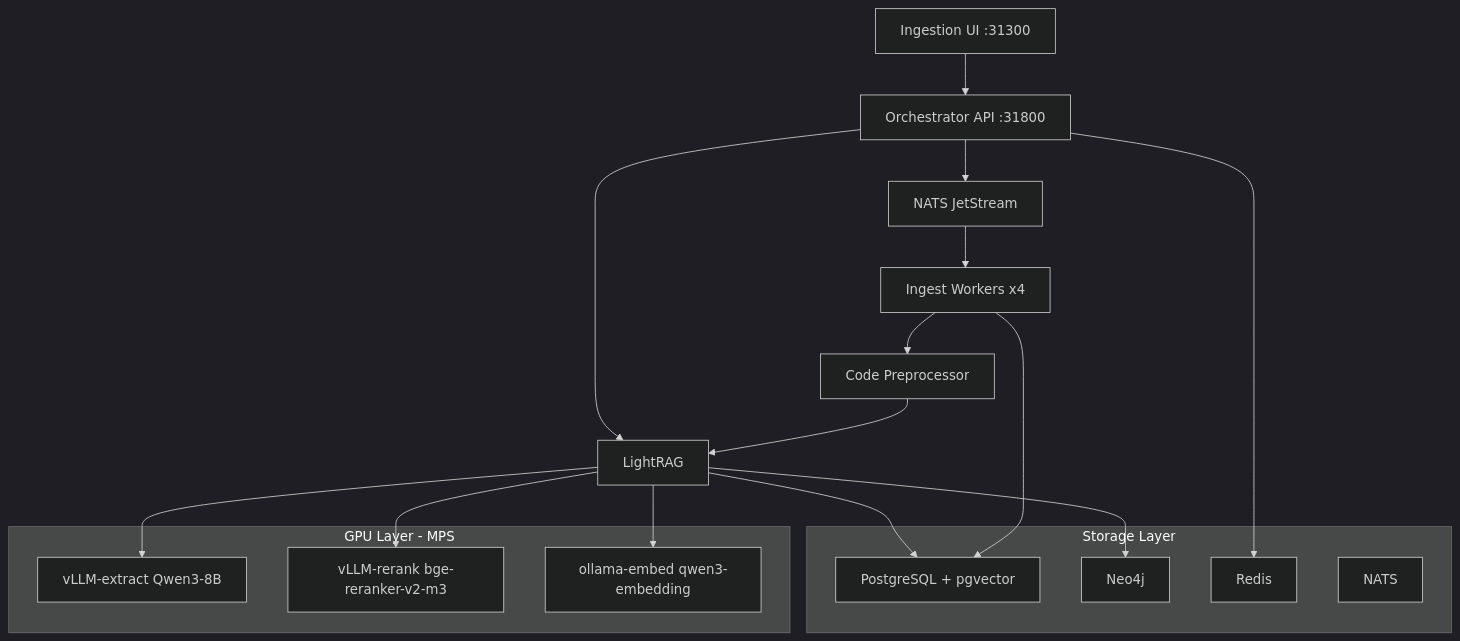
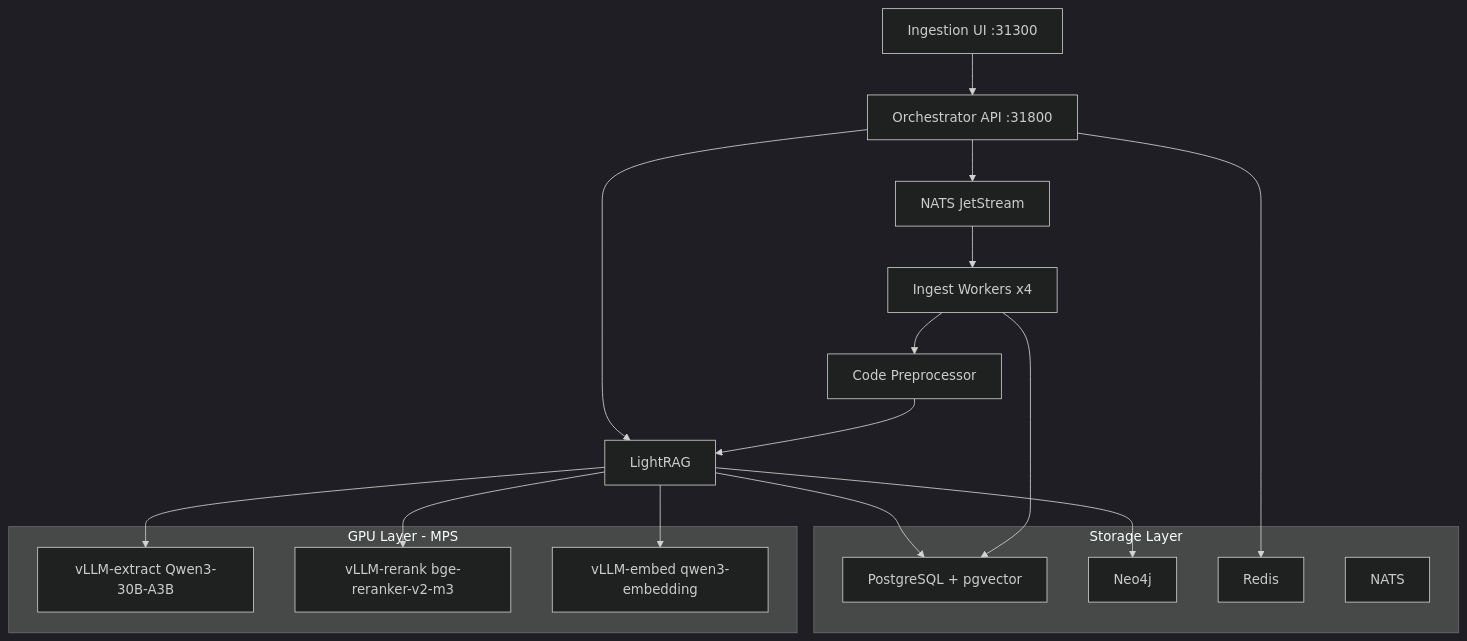
One commit to blik616287/roadrunner changed the first of 3 diagrams in README.md. Above: the diagram before and after it, drawn with Mermaid (dark theme). The commit also changed other lines of this file and 48 other files, not shown here.

Commit message:
blik616287--IN-1805--dgx - graphrag model tests and inference tuning

````diff
--- a/README.md
+++ b/README.md
@@ -15,33 +15,33 @@
 ```mermaid
 graph TD
     UI["Ingestion UI :31300"] --> API
 
     API["Orchestrator API :31800"]
     API --> NATS["NATS JetStream"]
     API --> LR["LightRAG"]
 
     NATS --> IW["Ingest Workers x4"]
     IW --> CP["Code Preprocessor"]
     CP --> LR
 
     subgraph storage ["Storage Layer"]
         PG["PostgreSQL + pgvector"]
         N4J["Neo4j"]
         RD["Redis"]
         NQ["NATS"]
     end
 
     subgraph gpu ["GPU Layer - MPS"]
-        VE["vLLM-extract Qwen3-8B"]
+        VE["vLLM-extract Qwen3-30B-A3B"]
         VR["vLLM-rerank bge-reranker-v2-m3"]
-        OE["ollama-embed qwen3-embedding"]
+        OE["vLLM-embed qwen3-embedding"]
     end
 
     LR --> PG
     LR --> N4J
     LR --> VE
     LR --> VR
     LR --> OE
     API --> RD
     IW --> PG
 ```
````
